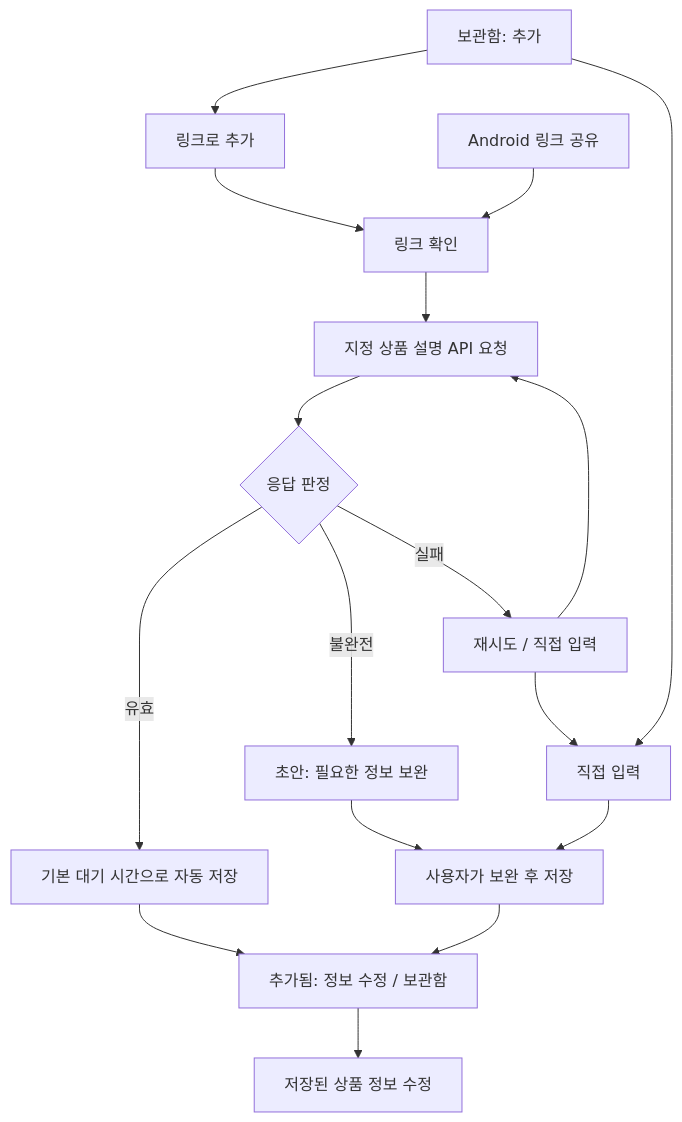
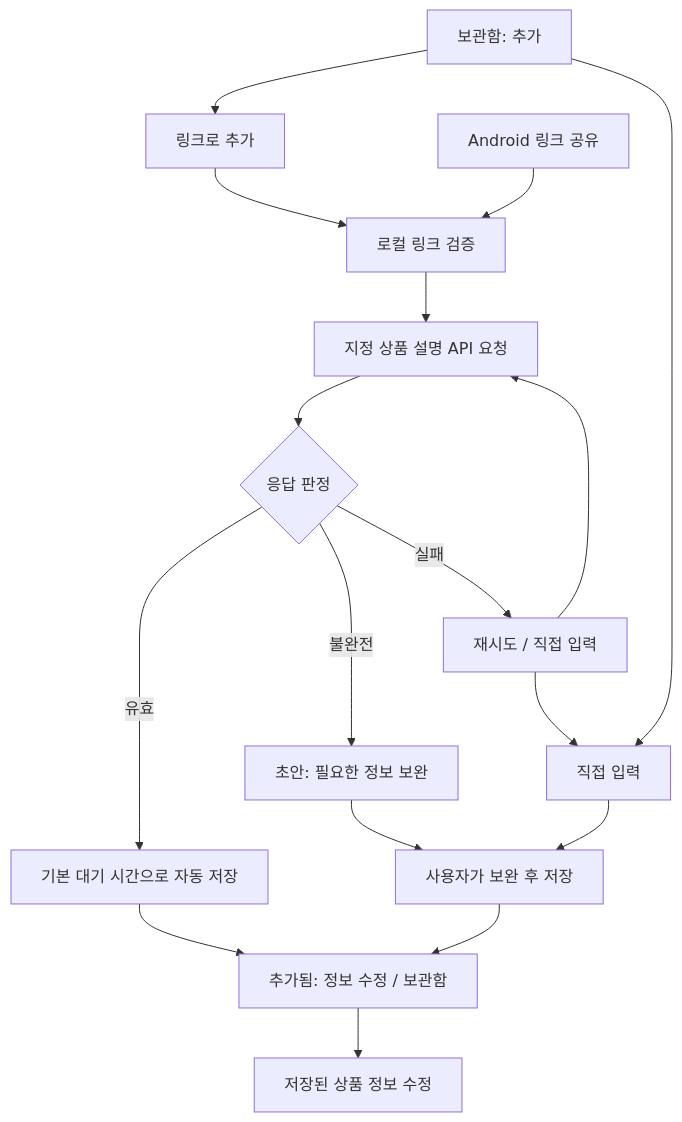
Before and after one commit to udonsari0101/Kakao_Ralphthon_Haruman: the diagram in UI_CHARACTER_DESIGN.md, drawn with Mermaid. The commit also changed other lines of this file and 61 other files, not shown here.

````diff
--- a/UI_CHARACTER_DESIGN.md
+++ b/UI_CHARACTER_DESIGN.md
@@ -20,19 +20,19 @@
 ```mermaid
 flowchart TD
     A[보관함: 추가] --> B[링크로 추가]
     A --> M[직접 입력]
-    S[Android 링크 공유] --> L[링크 확인]
+    S[Android 링크 공유] --> L[로컬 링크 검증]
     B --> L
     L --> Q[지정 상품 설명 API 요청]
     Q --> V{응답 판정}
     V -->|유효| P[기본 대기 시간으로 자동 저장]
     P --> D[추가됨: 정보 수정 / 보관함]
     D --> E[저장된 상품 정보 수정]
     V -->|불완전| R[초안: 필요한 정보 보완]
     V -->|실패| F[재시도 / 직접 입력]
     F --> Q
     F --> M
     R --> P2[사용자가 보완 후 저장]
     M --> P2
     P2 --> D
 ```
````
